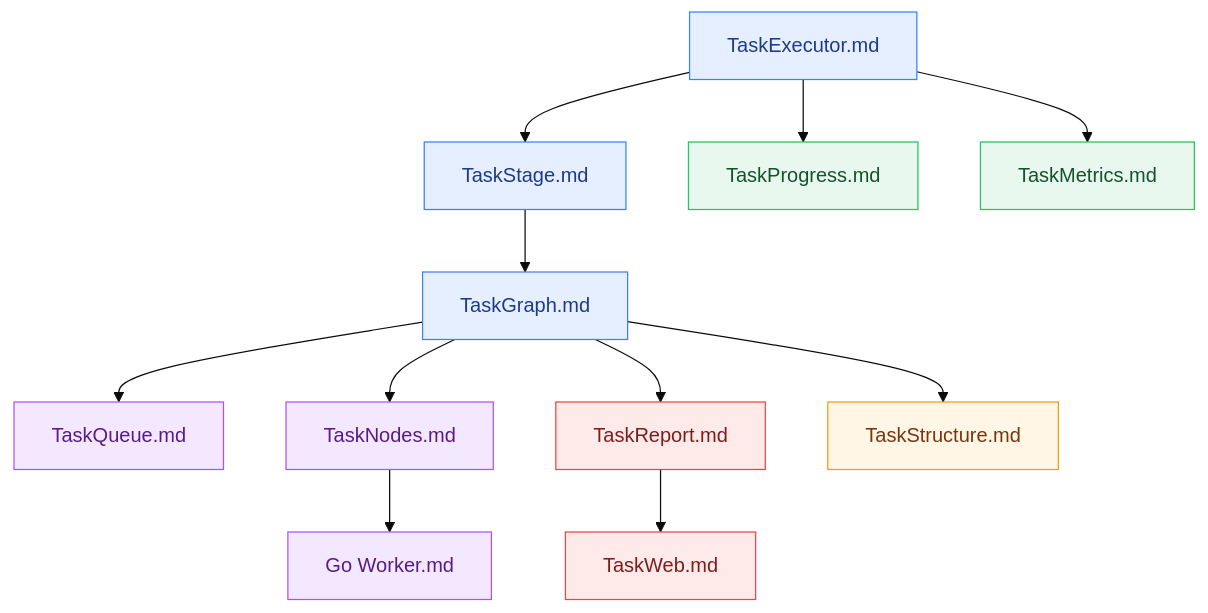
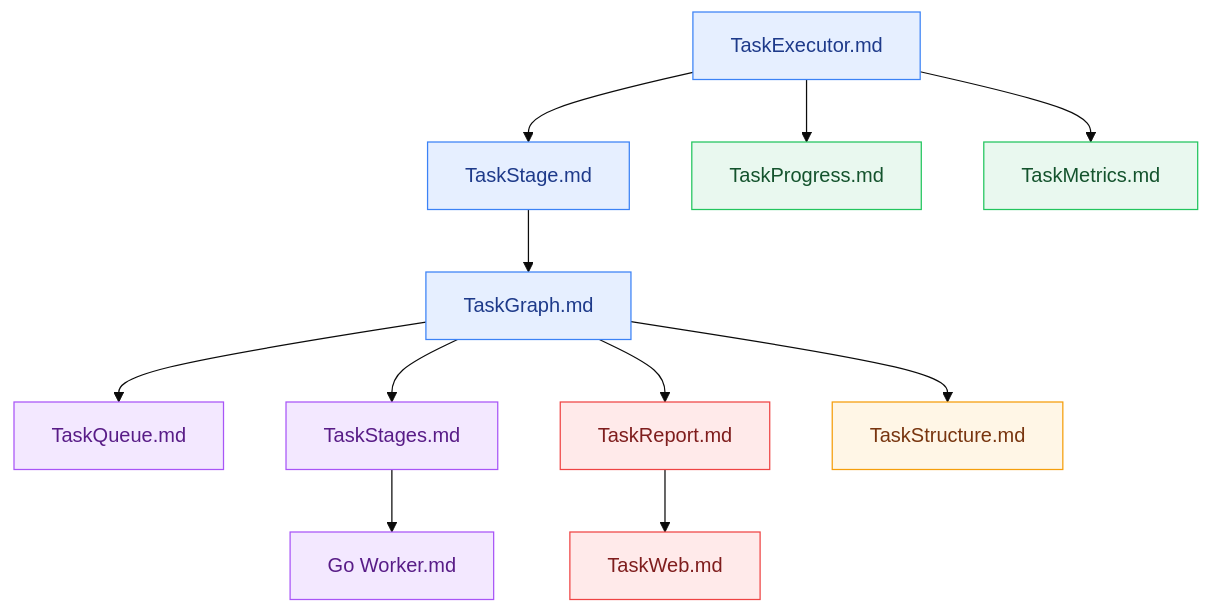
Before and after one commit to Mr-xiaotian/CelestialFlow: the second of 2 diagrams in README.md, drawn with Mermaid (base theme). The commit also changed other lines of this file and 3 other files, not shown here.

````diff
--- a/README.md
+++ b/README.md
@@ -167,26 +166,26 @@
 ```mermaid
 flowchart TD
     classDef core fill:#e6efff,stroke:#3b82f6,color:#1e3a8a;
     classDef runtime fill:#e9f8ef,stroke:#22c55e,color:#14532d;
     classDef structure fill:#fff6e6,stroke:#f59e0b,color:#78350f;
     classDef execution fill:#f3e8ff,stroke:#a855f7,color:#581c87;
     classDef web fill:#ffeaea,stroke:#ef4444,color:#7f1d1d;
 
     TM[TaskExecutor.md] --> TS[TaskStage.md] --> TG[TaskGraph.md]
     TM --> TP[TaskProgress.md]
     TM --> TME[TaskMetrics.md]
 
     TG --> TQ[TaskQueue.md]
-    TG --> TN[TaskNodes.md]
+    TG --> TN[TaskStages.md]
     TG --> TR[TaskReport.md]
     TG --> TSR[TaskStructure.md]
 
     TR --> TW[TaskWeb.md]
     TN --> GW[Go Worker.md]
 
     class TM,TS,TG core;
     class TP,TME runtime;
     class TSR structure;
     class TQ,TN,GW execution;
     class TR,TW web;
 ```
````
